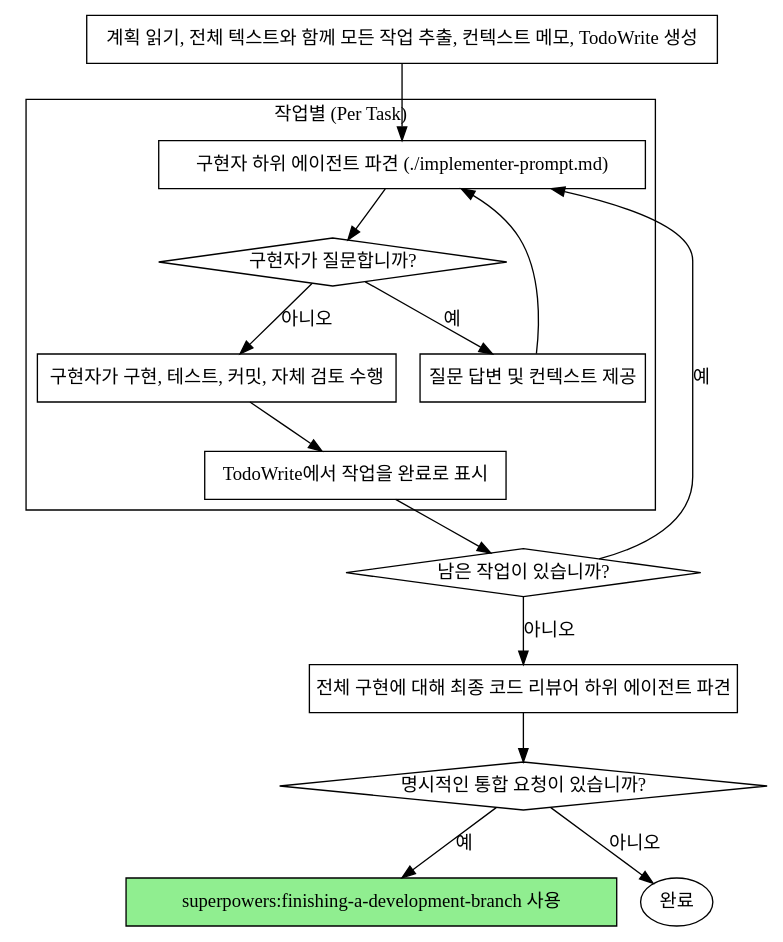
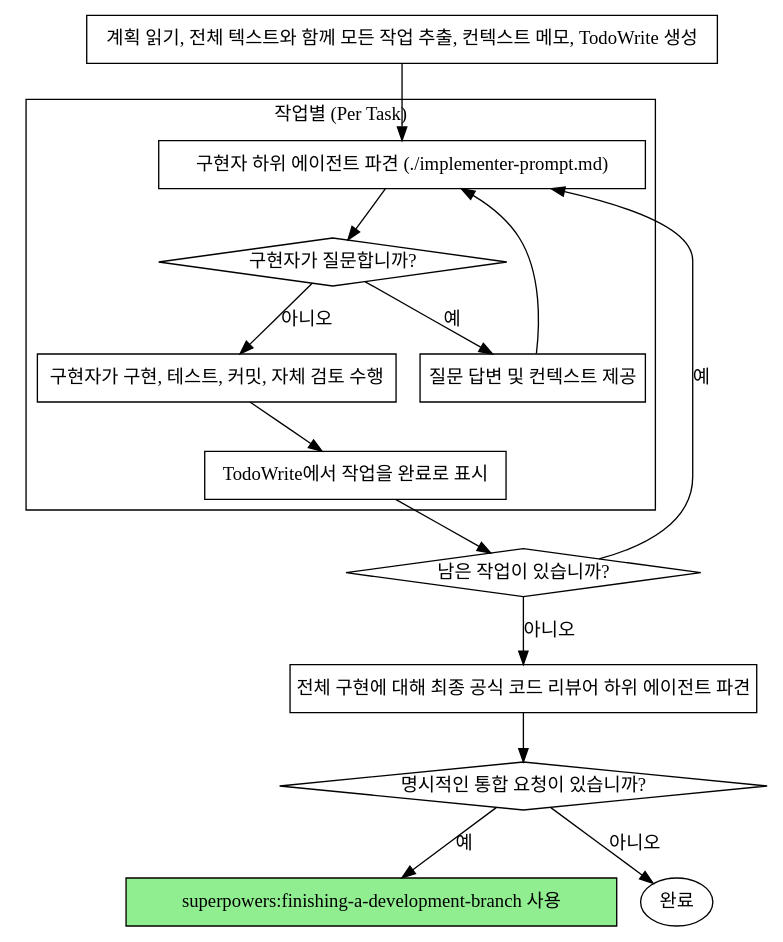
One commit to zcarc/superpowers changed the second of 2 diagrams in skills-ko/subagent-driven-development/SKILL.md. Above: the diagram before and after it, drawn with Graphviz. The commit also changed other lines of this file and 9 other files, not shown here.

````diff
--- a/skills-ko/subagent-driven-development/SKILL.md
+++ b/skills-ko/subagent-driven-development/SKILL.md
@@ -33,34 +40,34 @@
 ```dot
 digraph process {
     rankdir=TB;
 
     subgraph cluster_per_task {
         label="작업별 (Per Task)";
         "구현자 하위 에이전트 파견 (./implementer-prompt.md)" [shape=box];
         "구현자가 질문합니까?" [shape=diamond];
         "질문 답변 및 컨텍스트 제공" [shape=box];
         "구현자가 구현, 테스트, 커밋, 자체 검토 수행" [shape=box];
         "TodoWrite에서 작업을 완료로 표시" [shape=box];
     }
 
     "계획 읽기, 전체 텍스트와 함께 모든 작업 추출, 컨텍스트 메모, TodoWrite 생성" [shape=box];
     "남은 작업이 있습니까?" [shape=diamond];
-    "전체 구현에 대해 최종 코드 리뷰어 하위 에이전트 파견" [shape=box];
+    "전체 구현에 대해 최종 공식 코드 리뷰어 하위 에이전트 파견" [shape=box];
 
     "계획 읽기, 전체 텍스트와 함께 모든 작업 추출, 컨텍스트 메모, TodoWrite 생성" -> "구현자 하위 에이전트 파견 (./implementer-prompt.md)";
     "구현자 하위 에이전트 파견 (./implementer-prompt.md)" -> "구현자가 질문합니까?";
     "구현자가 질문합니까?" -> "질문 답변 및 컨텍스트 제공" [label="예"];
     "질문 답변 및 컨텍스트 제공" -> "구현자 하위 에이전트 파견 (./implementer-prompt.md)";
     "구현자가 질문합니까?" -> "구현자가 구현, 테스트, 커밋, 자체 검토 수행" [label="아니오"];
     "구현자가 구현, 테스트, 커밋, 자체 검토 수행" -> "TodoWrite에서 작업을 완료로 표시";
     "TodoWrite에서 작업을 완료로 표시" -> "남은 작업이 있습니까?";
     "남은 작업이 있습니까?" -> "구현자 하위 에이전트 파견 (./implementer-prompt.md)" [label="예"];
-    "남은 작업이 있습니까?" -> "전체 구현에 대해 최종 코드 리뷰어 하위 에이전트 파견" [label="아니오"];
-    "전체 구현에 대해 최종 코드 리뷰어 하위 에이전트 파견" -> "명시적인 통합 요청이 있습니까?";
+    "남은 작업이 있습니까?" -> "전체 구현에 대해 최종 공식 코드 리뷰어 하위 에이전트 파견" [label="아니오"];
+    "전체 구현에 대해 최종 공식 코드 리뷰어 하위 에이전트 파견" -> "명시적인 통합 요청이 있습니까?";
     "명시적인 통합 요청이 있습니까?" [shape=diamond];
     "superpowers:finishing-a-development-branch 사용" [shape=box style=filled fillcolor=lightgreen];
     "완료" [shape=ellipse];
     "명시적인 통합 요청이 있습니까?" -> "superpowers:finishing-a-development-branch 사용" [label="예"];
     "명시적인 통합 요청이 있습니까?" -> "완료" [label="아니오"];
 }
 ```
````
